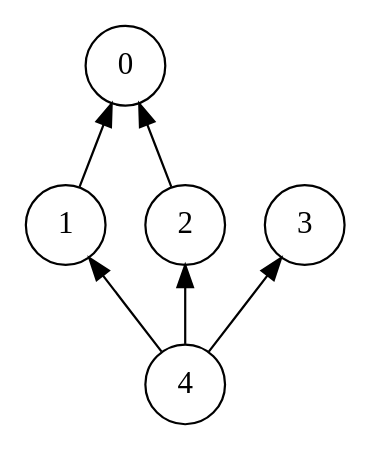
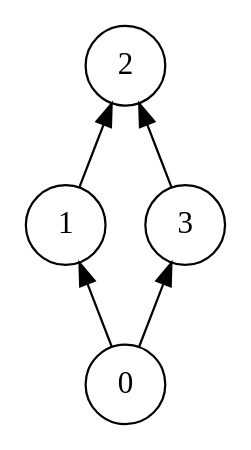
The diagram in app/viz-g2.dot (psqq/semi-diplom), drawn with Graphviz before and after one commit. The commit also changed 16 other files, not shown here.

Commit message:
show all graphs

```diff
--- a/app/viz-g2.dot
+++ b/app/viz-g2.dot
@@ -1,9 +1,8 @@
 digraph {
 node [ shape=circle ]
 rankdir = BT
-1 -> 0
-2 -> 0
-4 -> 1
-4 -> 2
-4 -> 3
+0 -> 1
+0 -> 3
+1 -> 2
+3 -> 2
 }
```
